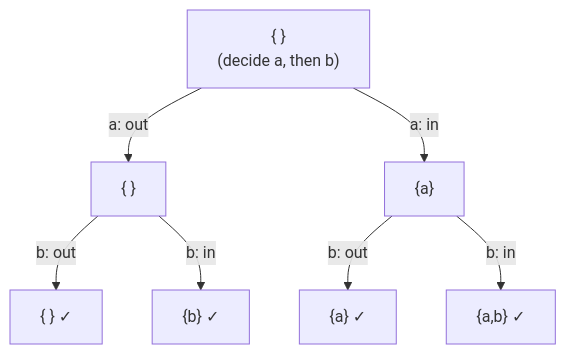
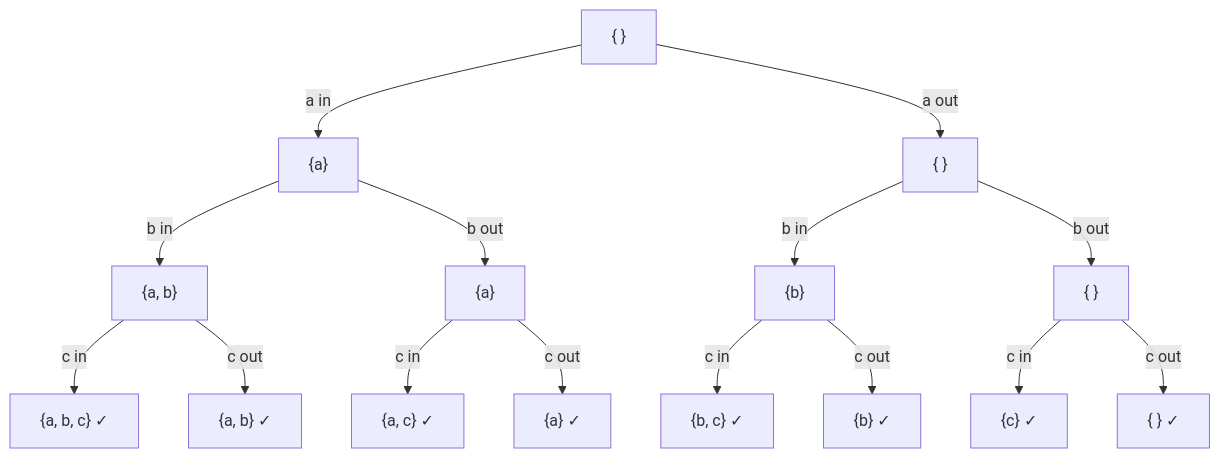
The fourth of 5 diagrams in content/algorithms/math-basics-reviewer.md (bergsonvalencia/algo), drawn with Mermaid before and after one commit. The commit also changed other lines of this file and 31 other files, not shown here.

````diff
--- a/content/algorithms/math-basics-reviewer.md
+++ b/content/algorithms/math-basics-reviewer.md
@@ -348,10 +268,18 @@
 ```mermaid
 flowchart TD
-    R["{ }<br/>(decide a, then b)"]
-    R -->|"a: out"| X["{ }"]
-    R -->|"a: in"| A["{a}"]
-    X -->|"b: out"| X0["{ } ✓"]
-    X -->|"b: in"| XB["{b} ✓"]
-    A -->|"b: out"| A0["{a} ✓"]
-    A -->|"b: in"| AB["{a,b} ✓"]
+    R["{ }"]
+    R -->|"a in"| A["{a}"]
+    R -->|"a out"| N["{ }"]
+    A -->|"b in"| AB["{a, b}"]
+    A -->|"b out"| Ax["{a}"]
+    N -->|"b in"| NB["{b}"]
+    N -->|"b out"| Nx["{ }"]
+    AB -->|"c in"| ABC["{a, b, c} ✓"]
+    AB -->|"c out"| ABx["{a, b} ✓"]
+    Ax -->|"c in"| AxC["{a, c} ✓"]
+    Ax -->|"c out"| Axx["{a} ✓"]
+    NB -->|"c in"| NBC["{b, c} ✓"]
+    NB -->|"c out"| NBx["{b} ✓"]
+    Nx -->|"c in"| NxC["{c} ✓"]
+    Nx -->|"c out"| Nxx["{ } ✓"]
 ```
````
